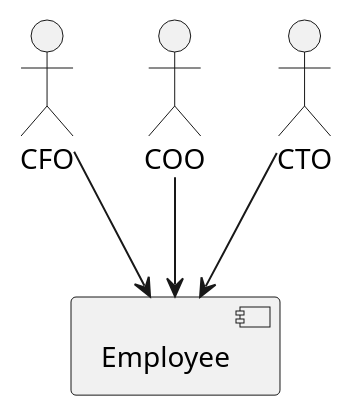
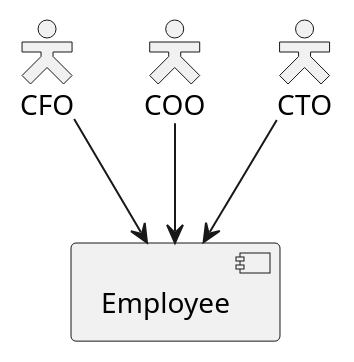
The diagram in pages/Robert C. Martin - Clean Architecture A Craftsman's Guide to Software Structure and Design.md (huland/logseq-notes), drawn with PlantUML before and after one commit.

Commit message:
Auto saved by Logseq

```diff
--- a/pages/Robert C. Martin - Clean Architecture A Craftsman's Guide to Software Structure and Design.md
+++ b/pages/Robert C. Martin - Clean Architecture A Craftsman's Guide to Software Structure and Design.md
@@ -43,12 +43,14 @@
 				  @startuml
+				  skinparam actorStyle Hollow 
+				  
 				  :CFO: as cfo
 				  :COO: as coo
 				  :CTO: as cto
 				  
 				  usecase [Employee] as employee
 				  
 				  cfo --> employee
 				  coo --> employee
 				  cto --> employee
 				  
 				  @enduml
```
